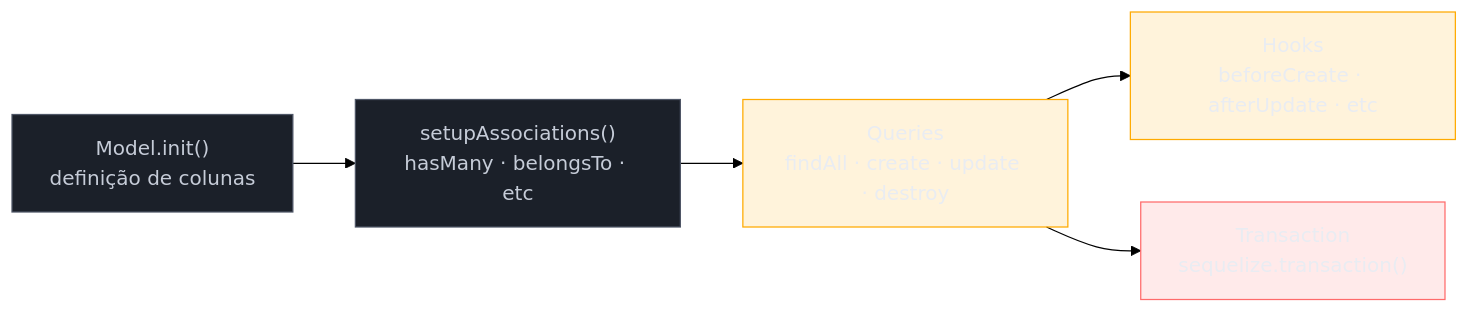
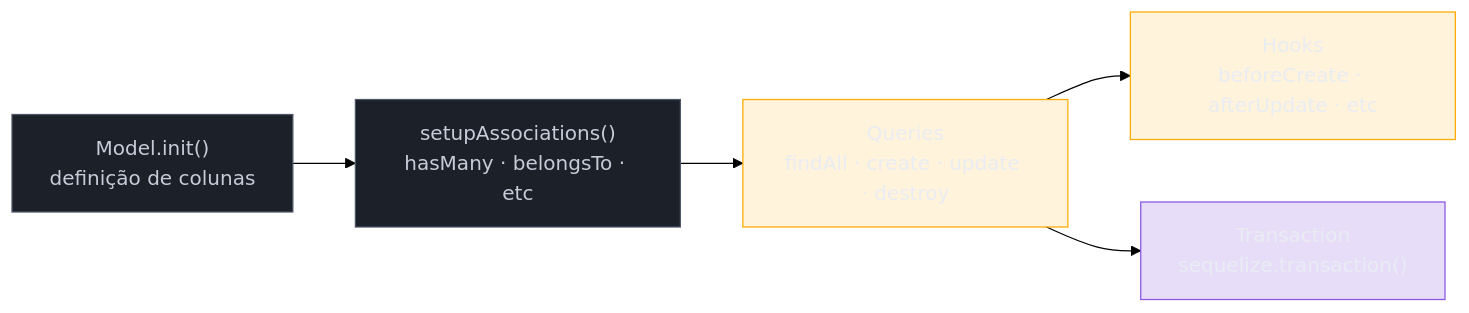
The diagram in 03-Dominios/Tecnologia/Node/ORMs e banco de dados/02 - Sequelize - queries e associações.md (josenaldo/codex-technomanticus), drawn with Mermaid (forest theme) before and after one commit. The commit also changed 601 other files, not shown here.

````diff
--- a/03-Dominios/Tecnologia/Node/ORMs e banco de dados/02 - Sequelize - queries e associações.md
+++ b/03-Dominios/Tecnologia/Node/ORMs e banco de dados/02 - Sequelize - queries e associações.md
@@ -23,22 +23,22 @@
 ```mermaid
 flowchart LR
+    classDef marca fill:#8855DF33,stroke:#8855DF,color:#E9ECF2
     classDef neutro fill:#1B2029,stroke:#4E5666,color:#C6CCD8
     classDef destaque fill:#FFAA0024,stroke:#FFAA00,color:#E9ECF2
-    classDef falha fill:#FF6B6B24,stroke:#FF6B6B,color:#E9ECF2
     DEF["Model.init()\ndefinição de colunas"]
     ASSOC["setupAssociations()\nhasMany · belongsTo · etc"]
     CRUD["Queries\nfindAll · create · update · destroy"]
     HOOK["Hooks\nbeforeCreate · afterUpdate · etc"]
     TX["Transaction\nsequelize.transaction()"]
 
     DEF --> ASSOC
     ASSOC --> CRUD
     CRUD --> HOOK
     CRUD --> TX
 
     class DEF neutro
     class ASSOC neutro
     class CRUD destaque
     class HOOK destaque
-    class TX falha
+    class TX marca
 ```
````
